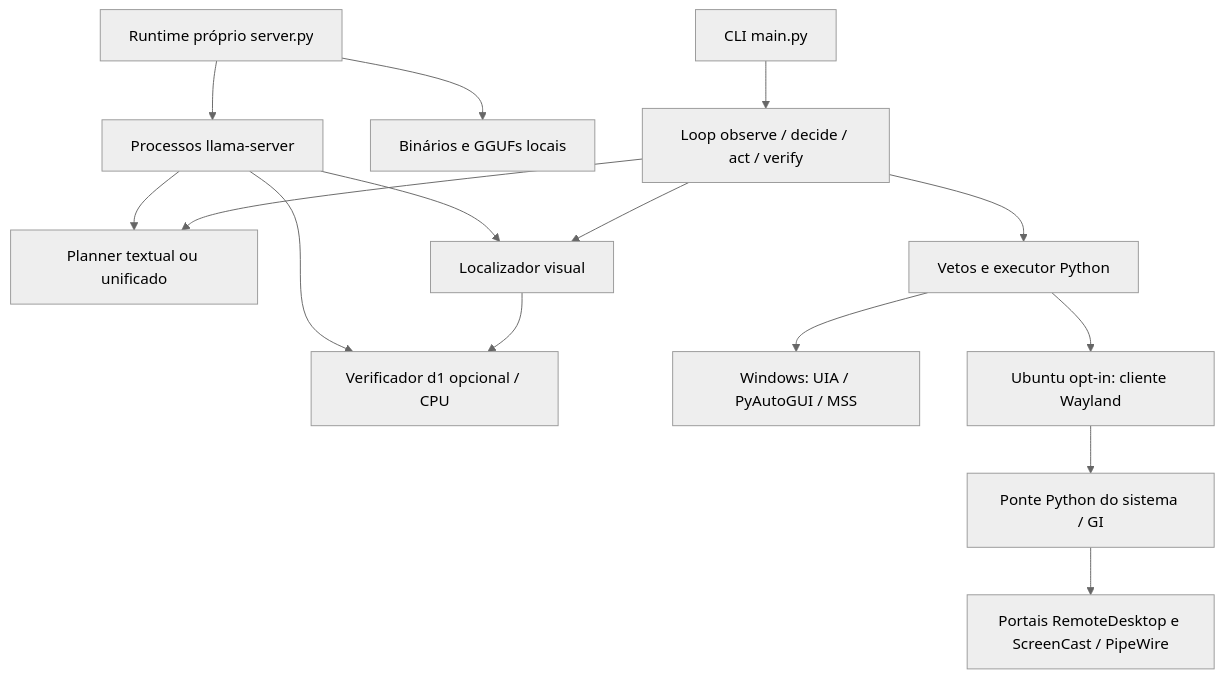
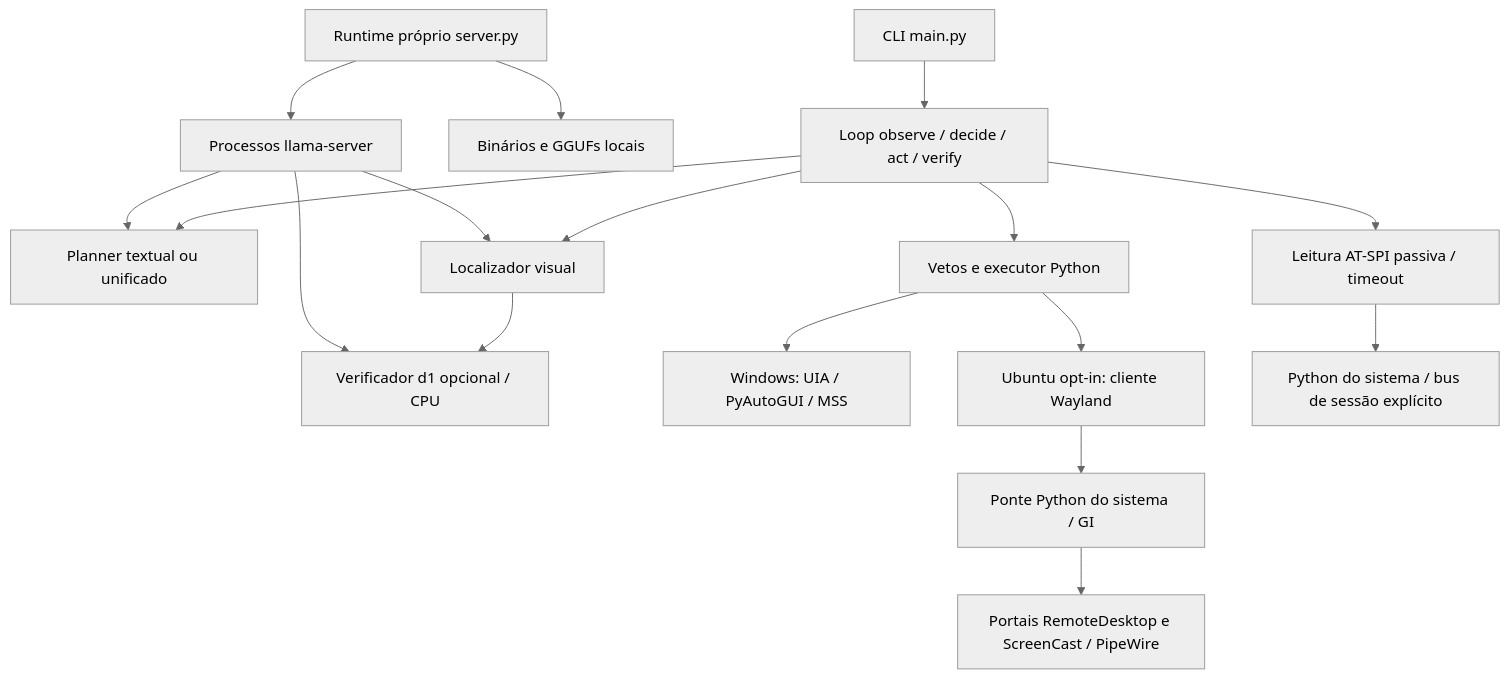
The diagram in docs/architecture.md (dougkusanagi/taskpilot), drawn with Mermaid (neutral theme) before and after one commit. The commit also changed 13 other files, not shown here.

````diff
--- a/docs/architecture.md
+++ b/docs/architecture.md
@@ -6,17 +6,19 @@
 ```mermaid
 flowchart TD
     CLI[CLI main.py] --> Loop[Loop observe / decide / act / verify]
     Loop --> Planner[Planner textual ou unificado]
     Loop --> Vision[Localizador visual]
     Vision --> Verifier[Verificador d1 opcional / CPU]
     Loop --> Guard[Vetos e executor Python]
     Guard --> Windows[Windows: UIA / PyAutoGUI / MSS]
     Guard --> Wayland[Ubuntu opt-in: cliente Wayland]
+    Loop --> ATSPIC[Leitura AT-SPI passiva / timeout]
+    ATSPIC --> ATSPIR[Python do sistema / bus de sessão explícito]
     Wayland --> Bridge[Ponte Python do sistema / GI]
     Bridge --> Portal[Portais RemoteDesktop e ScreenCast / PipeWire]
     Runtime[Runtime próprio server.py] --> Assets[Binários e GGUFs locais]
     Runtime --> Servers[Processos llama-server]
     Servers --> Planner
     Servers --> Vision
     Servers --> Verifier
 ```
````
